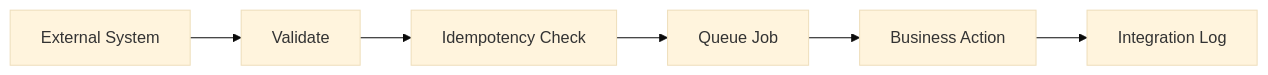
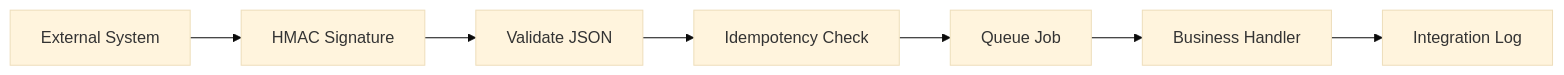
One commit to mburu1/erpnext-business-suite changed the diagram in docs/integrations/webhook-flows.md. Above: the diagram before and after it, drawn with Mermaid (base theme). The commit also changed other lines of this file and 13 other files, not shown here.

```diff
--- a/docs/integrations/webhook-flows.md
+++ b/docs/integrations/webhook-flows.md
@@ -3,8 +3,9 @@
 ~~~mermaid
 flowchart LR
-    X[External System] --> V[Validate]
+    X[External System] --> S[HMAC Signature]
+    S --> V[Validate JSON]
     V --> I[Idempotency Check]
     I --> Q[Queue Job]
-    Q --> P[Business Action]
+    Q --> P[Business Handler]
     P --> L[Integration Log]
 ~~~
```
